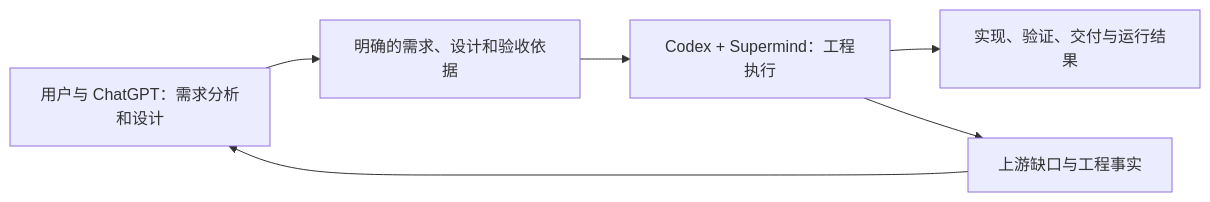
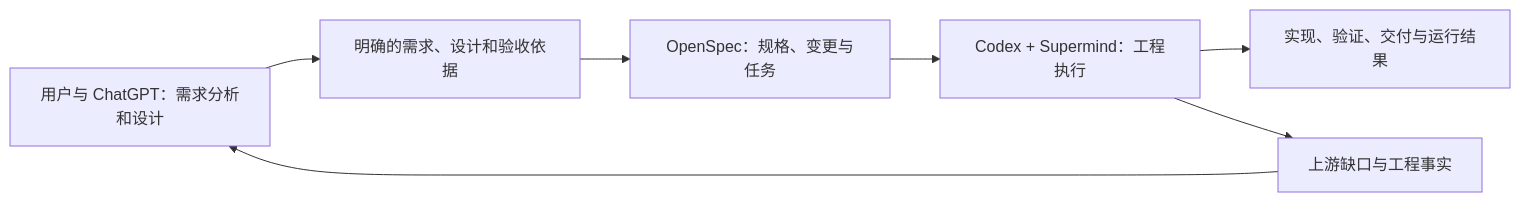
One commit to luaxlou/supermind changed the diagram in README.md. Above: the diagram before and after it, drawn with Mermaid. The commit also changed other lines of this file and 27 other files, not shown here.

Commit message:
Integrate OpenSpec engineering management and document responsibilities

````diff
--- a/README.md
+++ b/README.md
@@ -24,8 +24,9 @@
 ```mermaid
 flowchart LR
     U[用户与 ChatGPT：需求分析和设计] --> I[明确的需求、设计和验收依据]
-    I --> E[Codex + Supermind：工程执行]
+    I --> O[OpenSpec：规格、变更与任务]
+    O --> E[Codex + Supermind：工程执行]
     E --> R[实现、验证、交付与运行结果]
     E --> Q[上游缺口与工程事实]
     Q --> U
 ```
````
